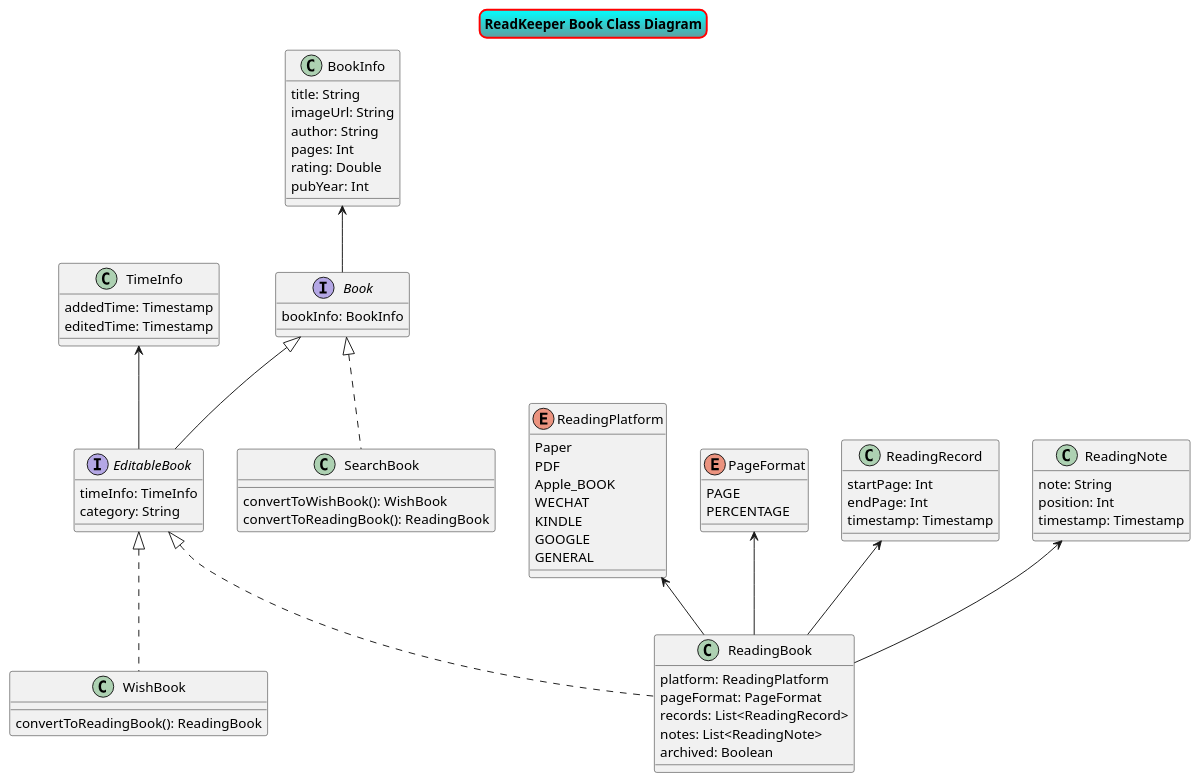
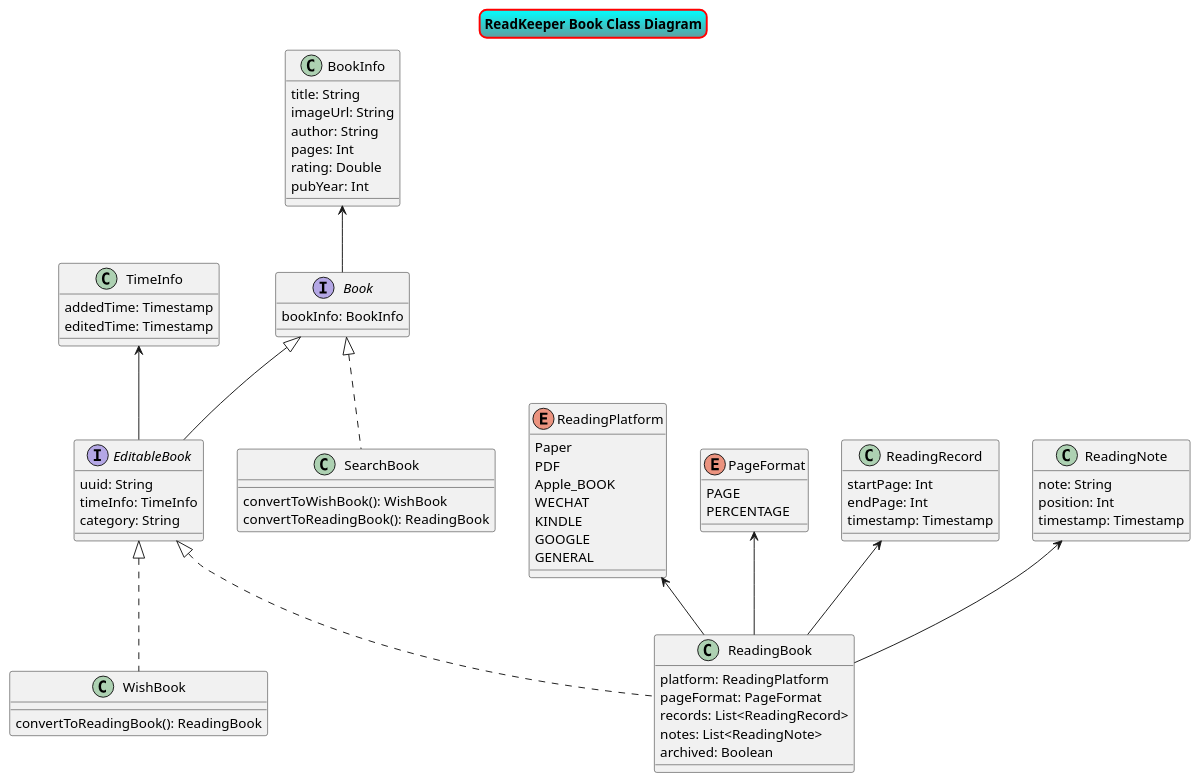
Before and after one commit to TinkZhang/ReadKeeper-Android: the diagram in app/src/main/java/com/github/tinkzhang/readkeeper/common/data/Book_Data_Class_Diagram.puml, drawn with PlantUML. The commit also changed 3 other files, not shown here.

```diff
--- a/app/src/main/java/com/github/tinkzhang/readkeeper/common/data/Book_Data_Class_Diagram.puml
+++ b/app/src/main/java/com/github/tinkzhang/readkeeper/common/data/Book_Data_Class_Diagram.puml
@@ -1,71 +1,72 @@
 @startuml
 skinparam titleBorderRoundCorner 15
 skinparam titleBorderThickness 2
 skinparam titleBorderColor red
 skinparam titleBackgroundColor Aqua-CadetBlue
 title ReadKeeper Book Class Diagram
 class BookInfo {
     title: String
     imageUrl: String
     author: String
     pages: Int
     rating: Double
     pubYear: Int
 }
 class TimeInfo {
     addedTime: Timestamp
     editedTime: Timestamp
 }
 enum ReadingPlatform {
     Paper
     PDF
     Apple_BOOK
     WECHAT
     KINDLE
     GOOGLE
     GENERAL
 }
 enum PageFormat {
     PAGE
     PERCENTAGE
 }
 class ReadingRecord {
     startPage: Int
     endPage: Int
     timestamp: Timestamp
 }
 class ReadingNote {
     note: String
     position: Int
     timestamp: Timestamp
 }
 interface EditableBook extends Book {
+    uuid: String
     timeInfo: TimeInfo
     category: String
 }
 
 interface Book {
     bookInfo: BookInfo
 }
 TimeInfo <-- EditableBook
 BookInfo <-- Book
 ReadingPlatform <-- ReadingBook
 PageFormat <-- ReadingBook
 ReadingRecord <-- ReadingBook
 ReadingNote <-- ReadingBook
 
 class SearchBook implements Book {
     {method} convertToWishBook(): WishBook
     {method} convertToReadingBook(): ReadingBook
 }
 class ReadingBook implements EditableBook {
     platform: ReadingPlatform
     pageFormat: PageFormat
     records: List<ReadingRecord>
     notes: List<ReadingNote>
     archived: Boolean
 }
 class WishBook implements EditableBook {
     {method} convertToReadingBook(): ReadingBook
 }
 @enduml
```
